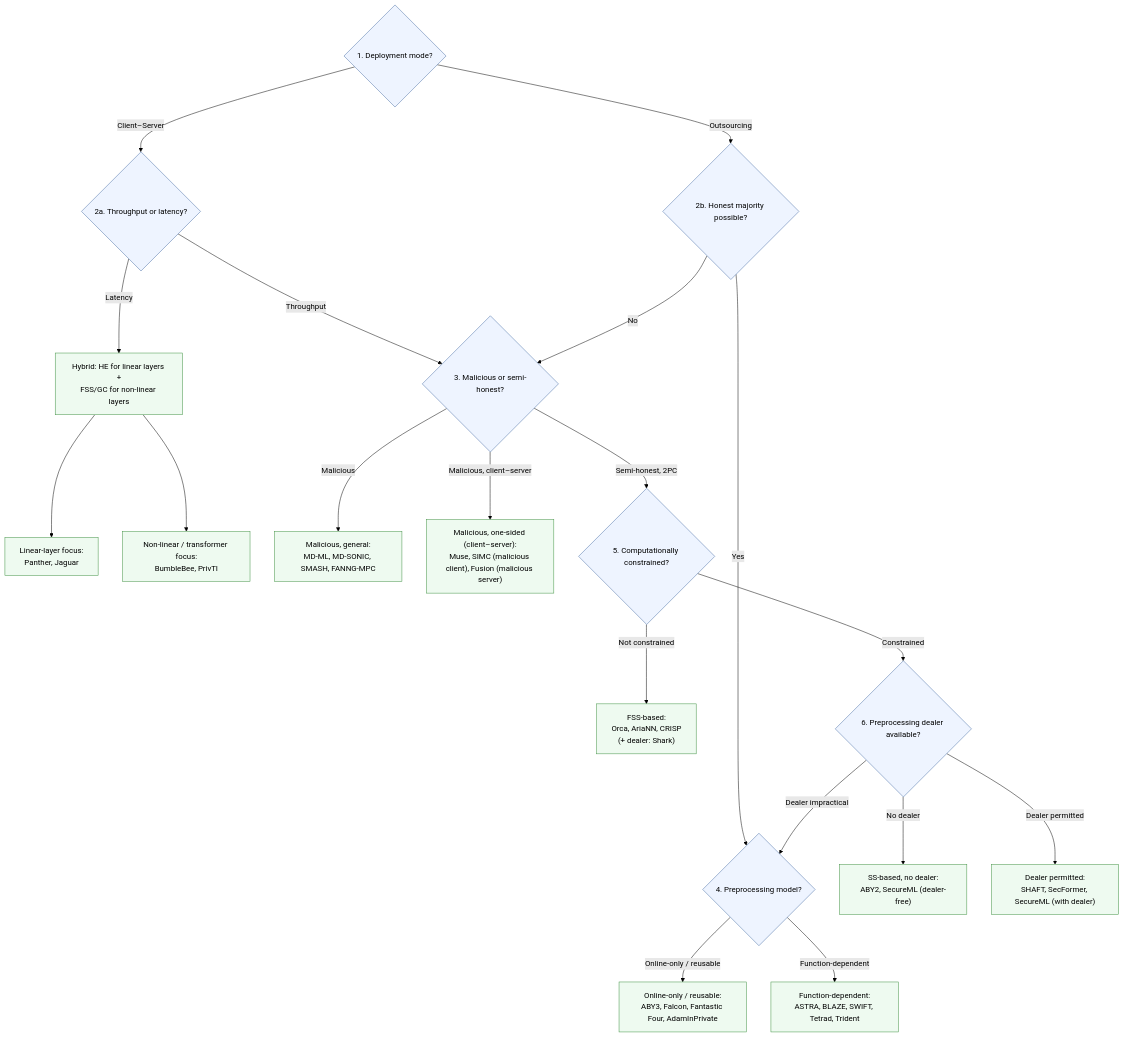
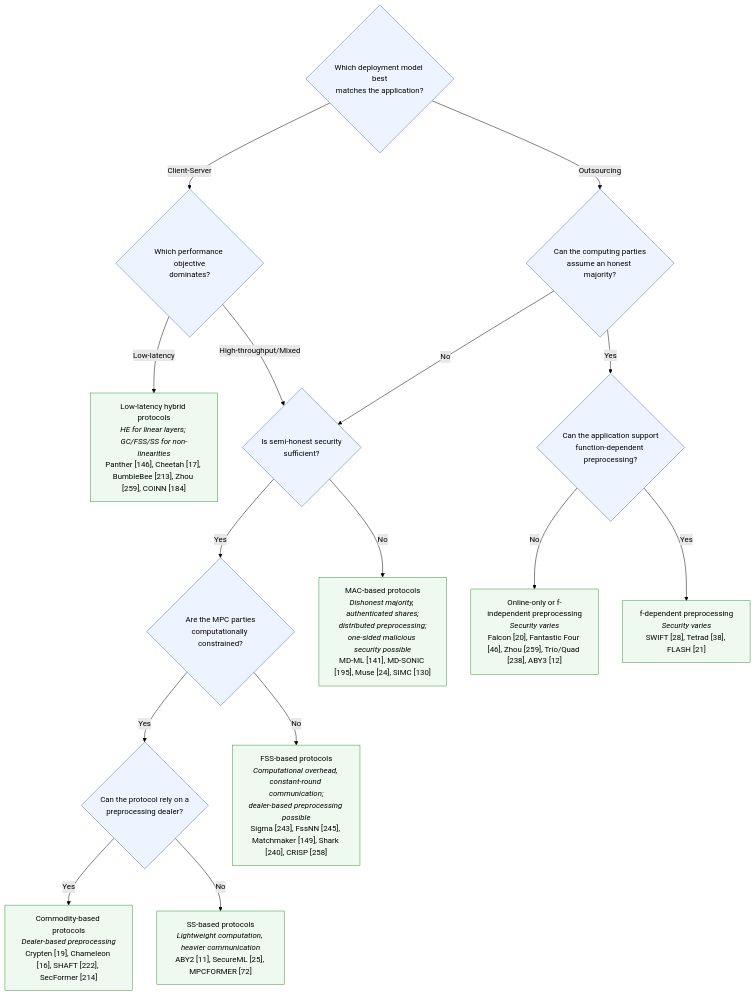
The diagram in Tables/Decision-graph/decision-graph.md (KULeuven-COSIC/sok-ppml-mpc-frameworks), drawn with Mermaid (forest theme) before and after one commit. The commit also changed other lines of this file, not shown here.

First line of the commit message:
Align decision graph chart and walkthrough with the paper's figure

````diff
--- a/Tables/Decision-graph/decision-graph.md
+++ b/Tables/Decision-graph/decision-graph.md
@@ -15,44 +17,37 @@
 ```mermaid
 flowchart TD
-    A{"1. Deployment mode?"}
-    B{"2a. Throughput or latency?"}
-    C{"2b. Honest majority possible?"}
-    D["Hybrid: HE for linear layers +<br/>FSS/GC for non-linear layers"]
-    D1["Linear-layer focus:<br/>Panther, Jaguar"]
-    D2["Non-linear / transformer focus:<br/>BumbleBee, PrivTI"]
-    E{"3. Malicious or semi-honest?"}
-    F{"4. Preprocessing model?"}
-    F1["Online-only / reusable:<br/>ABY3, Falcon, Fantastic Four, AdamInPrivate"]
-    F2["Function-dependent:<br/>ASTRA, BLAZE, SWIFT, Tetrad, Trident"]
-    G1["Malicious, general:<br/>MD-ML, MD-SONIC, SMASH, FANNG-MPC"]
-    G2["Malicious, one-sided (client–server):<br/>Muse, SIMC (malicious client), Fusion (malicious server)"]
-    H{"5. Computationally constrained?"}
-    H1["FSS-based:<br/>Orca, AriaNN, CRISP<br/>(+ dealer: Shark)"]
-    I{"6. Preprocessing dealer available?"}
-    I1["SS-based, no dealer:<br/>ABY2, SecureML (dealer-free)"]
-    I2["Dealer permitted:<br/>SHAFT, SecFormer, SecureML (with dealer)"]
+    ROOT{"Which deployment model best<br/>matches the application?"}
+    THROUGHPUT{"Which performance objective<br/>dominates?"}
+    HM{"Can the computing parties<br/>assume an honest majority?"}
+    HYBRID["Low-latency hybrid protocols<br/><i>HE for linear layers; GC/FSS/SS for non-linearities</i><br/>Panther [146], Cheetah [17], BumbleBee [213], Zhou [259], COINN [184]"]
+    SH{"Is semi-honest security<br/>sufficient?"}
+    OFFLINE{"Can the application support<br/>function-dependent preprocessing?"}
+    RESTRICTED{"Are the MPC parties<br/>computationally constrained?"}
+    MAC["MAC-based protocols<br/><i>Dishonest majority, authenticated shares;<br/>distributed preprocessing;<br/>one-sided malicious security possible</i><br/>MD-ML [141], MD-SONIC [195], Muse [24], SIMC [130]"]
+    LOWSEC["Online-only or f-independent preprocessing<br/><i>Security varies</i><br/>Falcon [20], Fantastic Four [46], Zhou [259], Trio/Quad [238], ABY3 [12]"]
+    AFR["f-dependent preprocessing<br/><i>Security varies</i><br/>SWIFT [28], Tetrad [38], FLASH [21]"]
+    DEALER{"Can the protocol rely on a<br/>preprocessing dealer?"}
+    FSS["FSS-based protocols<br/><i>Computational overhead, constant-round communication;<br/>dealer-based preprocessing possible</i><br/>Sigma [243], FssNN [245], Matchmaker [149], Shark [240], CRISP [258]"]
+    COMMODITY["Commodity-based protocols<br/><i>Dealer-based preprocessing</i><br/>Crypten [19], Chameleon [16], SHAFT [222], SecFormer [214]"]
+    SS["SS-based protocols<br/><i>Lightweight computation, heavier communication</i><br/>ABY2 [11], SecureML [25], MPCFORMER [72]"]
 
-    A -->|Client–Server| B
-    A -->|Outsourcing| C
-    B -->|Latency| D
-    B -->|Throughput| E
-    D --> D1
-    D --> D2
-    C -->|Yes| F
-    C -->|No| E
-    F -->|"Online-only / reusable"| F1
-    F -->|"Function-dependent"| F2
-    E -->|Malicious| G1
-    E -->|"Malicious, client–server"| G2
-    E -->|"Semi-honest, 2PC"| H
-    H -->|"Not constrained"| H1
-    H -->|Constrained| I
-    I -->|"No dealer"| I1
-    I -->|"Dealer permitted"| I2
-    I -->|"Dealer impractical"| F
+    ROOT -->|Client-Server| THROUGHPUT
+    ROOT -->|Outsourcing| HM
+    THROUGHPUT -->|Low-latency| HYBRID
+    THROUGHPUT -->|"High-throughput/Mixed"| SH
+    HM -->|No| SH
+    HM -->|Yes| OFFLINE
+    SH -->|Yes| RESTRICTED
+    SH -->|No| MAC
+    OFFLINE -->|No| LOWSEC
+    OFFLINE -->|Yes| AFR
+    RESTRICTED -->|No| FSS
+    RESTRICTED -->|Yes| DEALER
+    DEALER -->|Yes| COMMODITY
+    DEALER -->|No| SS
 
     classDef decision fill:#eef4ff,stroke:#4a6fa5,stroke-width:1px;
     classDef leaf fill:#eefaf0,stroke:#3f9142,stroke-width:1px;
-    class A,B,C,E,F,H,I decision;
-    class D,D1,D2,F1,F2,G1,G2,H1,I1,I2 leaf;
+    class ROOT,THROUGHPUT,HM,SH,OFFLINE,RESTRICTED,DEALER decision;
+    class HYBRID,MAC,LOWSEC,AFR,FSS,COMMODITY,SS leaf;
 ```
````
